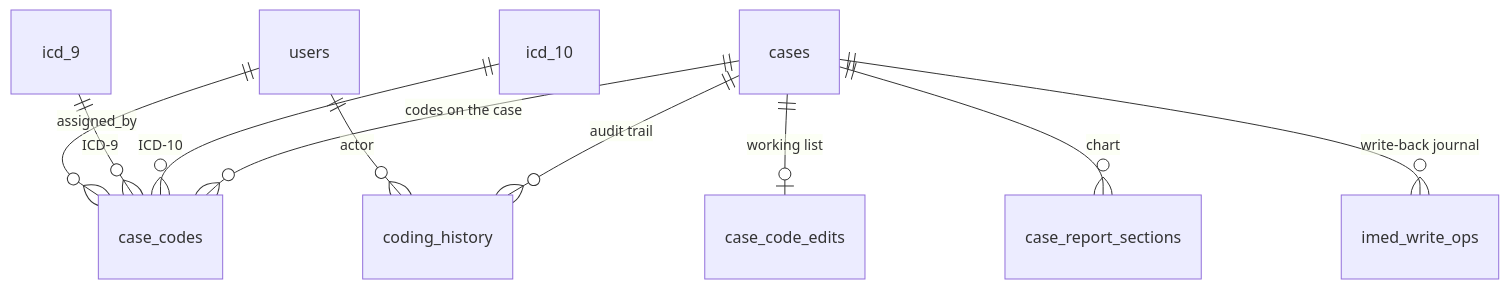
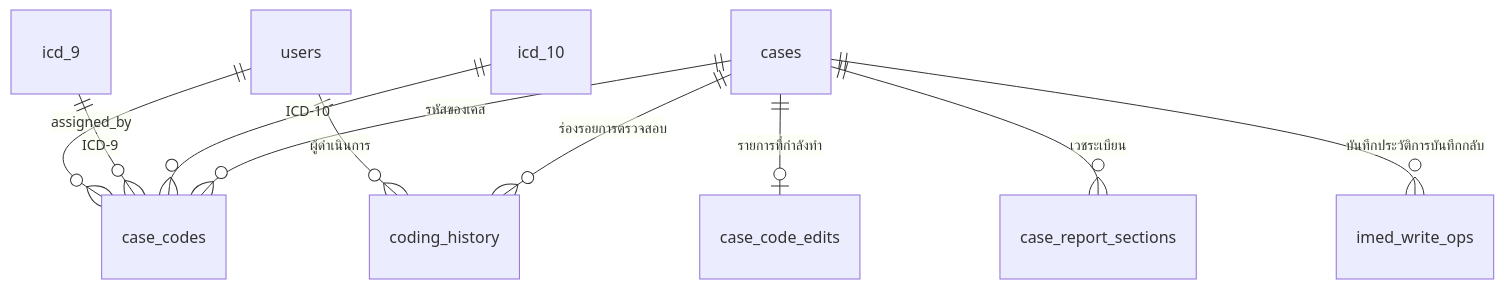
One commit to suvarna-stack/cura-ai changed the diagram in report/figures/fig-3-4-data-model.mmd. Above: the diagram before and after it, drawn with Mermaid. The commit also changed 36 other files, not shown here.

```diff
--- a/report/figures/fig-3-4-data-model.mmd
+++ b/report/figures/fig-3-4-data-model.mmd
@@ -1,10 +1,10 @@
 erDiagram
-  cases ||--o{ case_codes : "codes on the case"
-  cases ||--o| case_code_edits : "working list"
-  cases ||--o{ case_report_sections : "chart"
-  cases ||--o{ coding_history : "audit trail"
-  cases ||--o{ imed_write_ops : "write-back journal"
+  cases ||--o{ case_codes : "รหัสของเคส"
+  cases ||--o| case_code_edits : "รายการที่กำลังทำ"
+  cases ||--o{ case_report_sections : "เวชระเบียน"
+  cases ||--o{ coding_history : "ร่องรอยการตรวจสอบ"
+  cases ||--o{ imed_write_ops : "บันทึกประวัติการบันทึกกลับ"
   icd_10 ||--o{ case_codes : "ICD-10"
   icd_9 ||--o{ case_codes : "ICD-9"
-  users ||--o{ coding_history : "actor"
+  users ||--o{ coding_history : "ผู้ดำเนินการ"
   users ||--o{ case_codes : "assigned_by"
```
